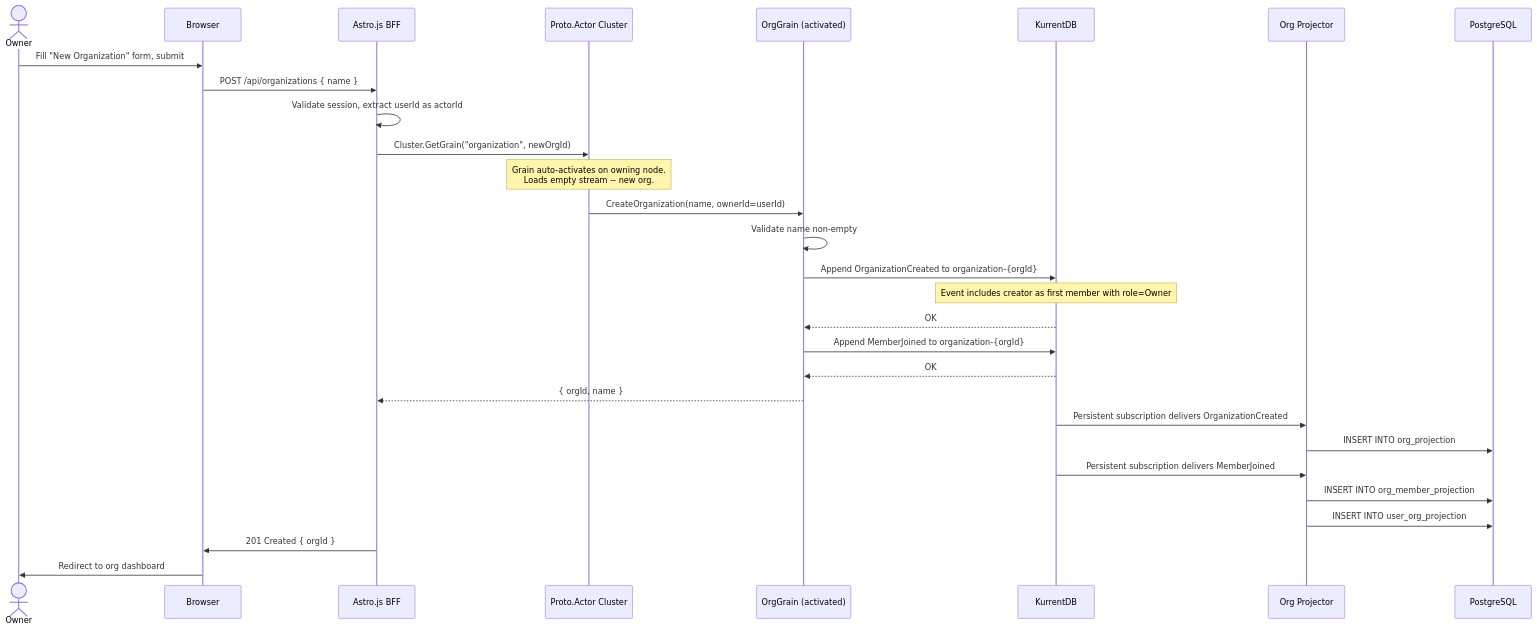
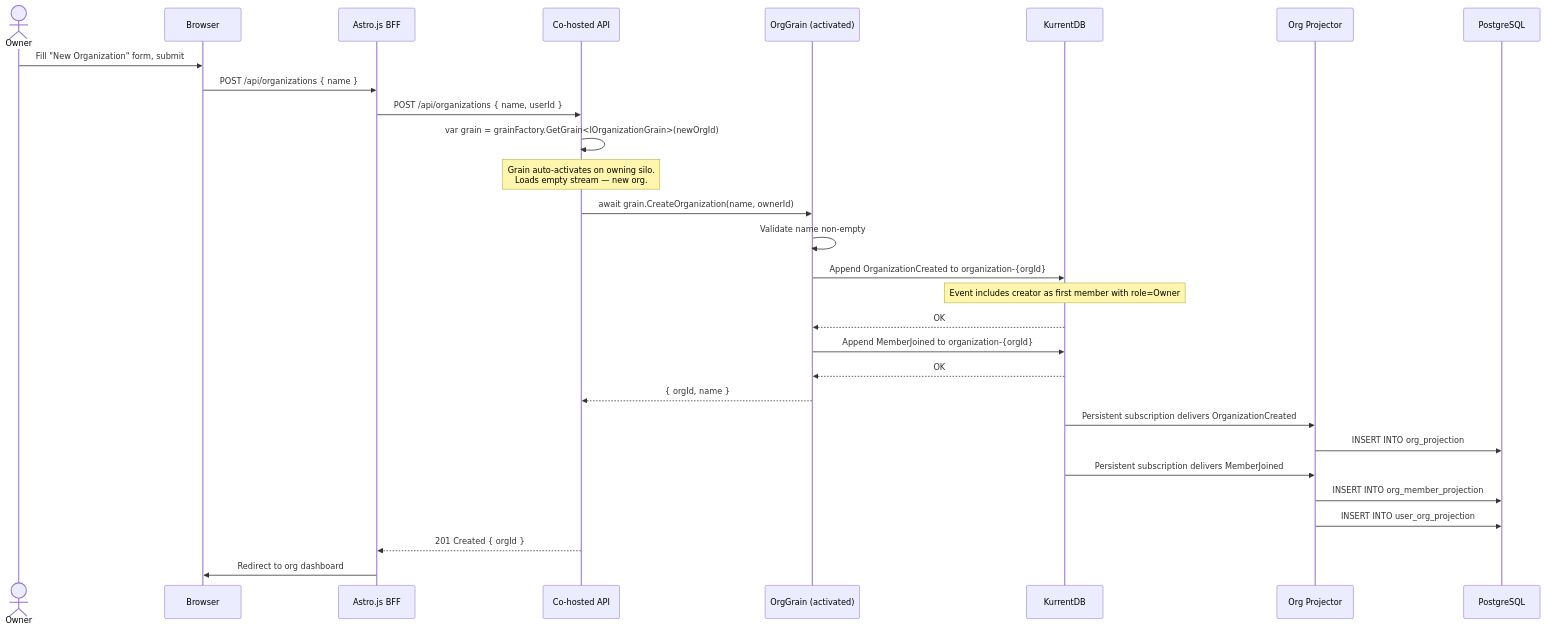
Before and after one commit to lekhasy/Vut: diagram 12 of 19 in epics/01-epic-first-signin-org/architecture/architecture.md, drawn with Mermaid. The commit also changed other lines of this file and 32 other files, not shown here.

````diff
--- a/epics/01-epic-first-signin-org/architecture/architecture.md
+++ b/epics/01-epic-first-signin-org/architecture/architecture.md
@@ -897,35 +1005,34 @@
 ```mermaid
 sequenceDiagram
     actor Owner
     participant Browser
     participant BFF as Astro.js BFF
-    participant Cluster as Proto.Actor Cluster
+    participant API as Co-hosted API
     participant Grain as OrgGrain (activated)
     participant K as KurrentDB
     participant PJ as Org Projector
     participant PG as PostgreSQL
 
     Owner->>Browser: Fill "New Organization" form, submit
     Browser->>BFF: POST /api/organizations { name }
-    BFF->>BFF: Validate session, extract userId as actorId
-
-    BFF->>Cluster: Cluster.GetGrain("organization", newOrgId)
-    Note over Cluster: Grain auto-activates on owning node.<br/>Loads empty stream -- new org.
-    Cluster->>Grain: CreateOrganization(name, ownerId=userId)
+    BFF->>API: POST /api/organizations { name, userId }
+    API->>API: var grain = grainFactory.GetGrain<IOrganizationGrain>(newOrgId)
+    Note over API: Grain auto-activates on owning silo.<br/>Loads empty stream — new org.
+    API->>Grain: await grain.CreateOrganization(name, ownerId)
     Grain->>Grain: Validate name non-empty
     Grain->>K: Append OrganizationCreated to organization-{orgId}
     Note over K: Event includes creator as first member with role=Owner
     K-->>Grain: OK
     Grain->>K: Append MemberJoined to organization-{orgId}
     K-->>Grain: OK
-    Grain-->>BFF: { orgId, name }
+    Grain-->>API: { orgId, name }
 
     K->>PJ: Persistent subscription delivers OrganizationCreated
     PJ->>PG: INSERT INTO org_projection
     K->>PJ: Persistent subscription delivers MemberJoined
     PJ->>PG: INSERT INTO org_member_projection
     PJ->>PG: INSERT INTO user_org_projection
 
-    BFF->>Browser: 201 Created { orgId }
-    Browser->>Owner: Redirect to org dashboard
+    API-->>BFF: 201 Created { orgId }
+    BFF->>Browser: Redirect to org dashboard
 ```
````
